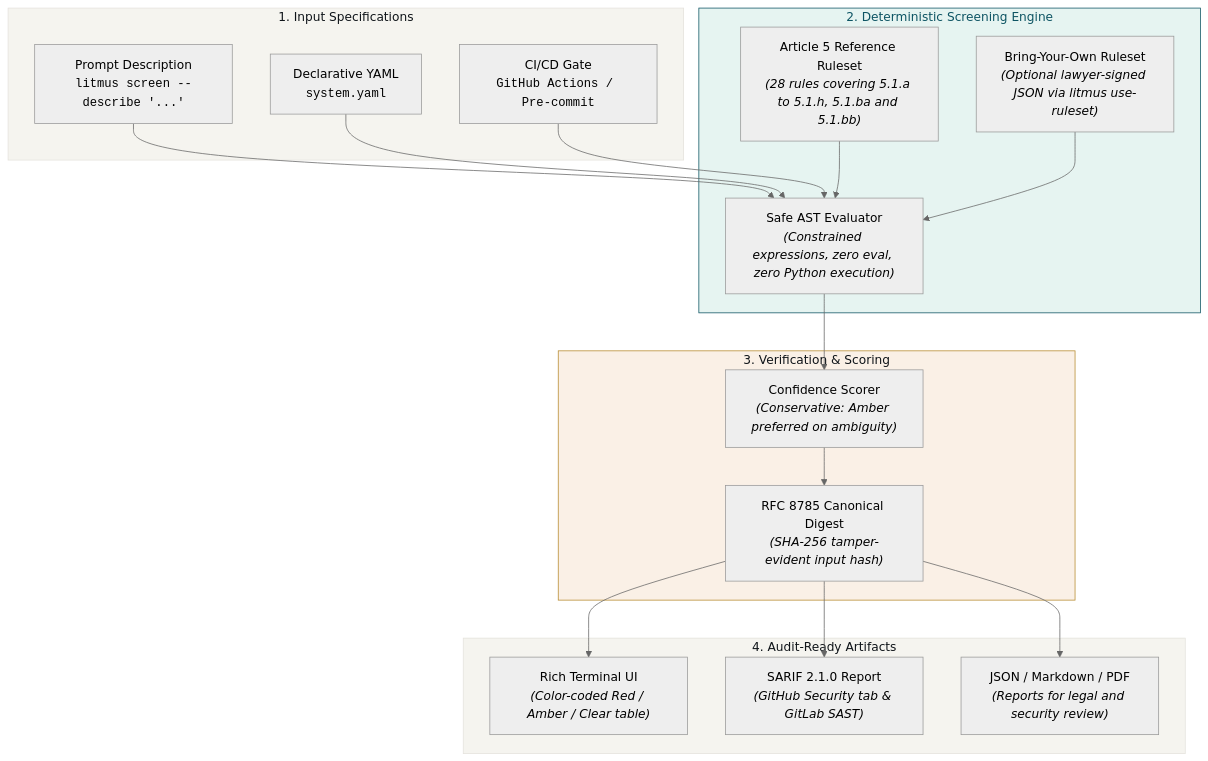
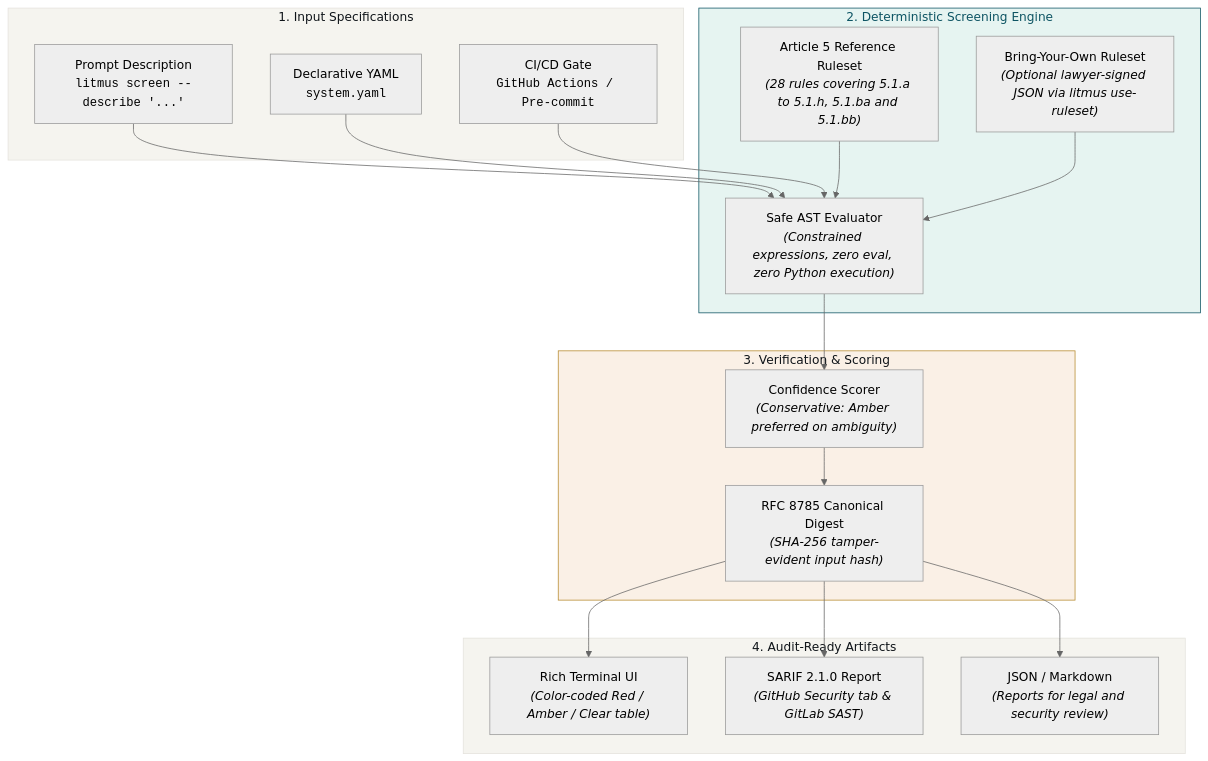
The diagram in README.md (aiexponent/litmusai), drawn with Mermaid (neutral theme) before and after one commit. The commit also changed other lines of this file and 4 other files, not shown here.

````diff
--- a/README.md
+++ b/README.md
@@ -85,36 +85,36 @@
 ```mermaid
 graph TB
     subgraph Inputs ["1. Input Specifications"]
         INP1["Prompt Description<br/><code>litmus screen --describe '...'</code>"]
         INP2["Declarative YAML<br/><code>system.yaml</code>"]
         INP3["CI/CD Gate<br/><code>GitHub Actions / Pre-commit</code>"]
     end
 
     subgraph Core ["2. Deterministic Screening Engine"]
         AST["Safe AST Evaluator<br/><em>(Constrained expressions, zero eval, zero Python execution)</em>"]
         RULE["Article 5 Reference Ruleset<br/><em>(28 rules covering 5.1.a to 5.1.h, 5.1.ba and 5.1.bb)</em>"]
         BYO["Bring-Your-Own Ruleset<br/><em>(Optional lawyer-signed JSON via litmus use-ruleset)</em>"]
     end
 
     subgraph Integrity ["3. Verification & Scoring"]
         CONF["Confidence Scorer<br/><em>(Conservative: Amber preferred on ambiguity)</em>"]
         HASH["RFC 8785 Canonical Digest<br/><em>(SHA-256 tamper-evident input hash)</em>"]
     end
 
     subgraph Outputs ["4. Audit-Ready Artifacts"]
         OUT1["Rich Terminal UI<br/><em>(Color-coded Red / Amber / Clear table)</em>"]
         OUT2["SARIF 2.1.0 Report<br/><em>(GitHub Security tab & GitLab SAST)</em>"]
-        OUT3["JSON / Markdown / PDF<br/><em>(Reports for legal and security review)</em>"]
+        OUT3["JSON / Markdown<br/><em>(Reports for legal and security review)</em>"]
     end
 
     INP1 & INP2 & INP3 --> AST
     RULE & BYO --> AST
     AST --> CONF
     CONF --> HASH
     HASH --> OUT1 & OUT2 & OUT3
 
     style Inputs fill:#F5F4EF,stroke:#E4E2DC,color:#0F1419
     style Core fill:#E6F4F1,stroke:#0D5463,color:#0D5463
     style Integrity fill:#FAF0E6,stroke:#B68A2E,color:#0F1419
     style Outputs fill:#F5F4EF,stroke:#E4E2DC,color:#0F1419
 ```
````
